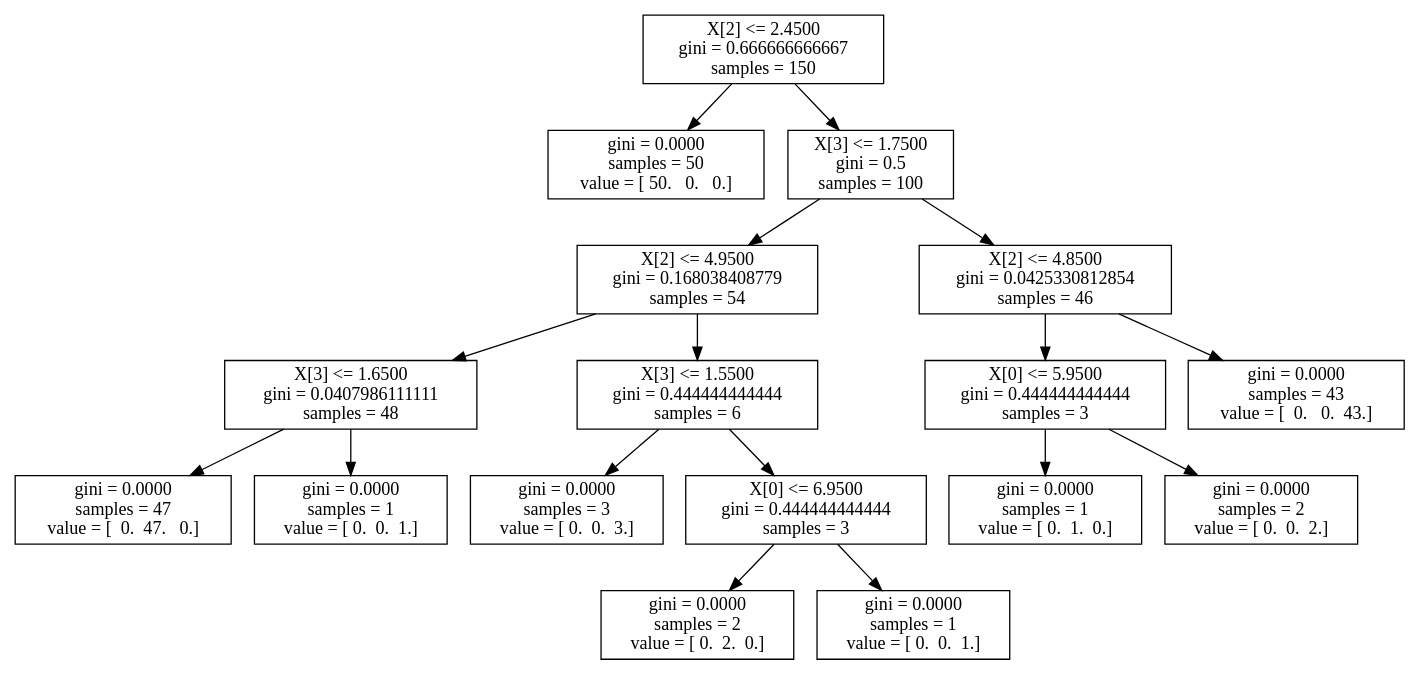
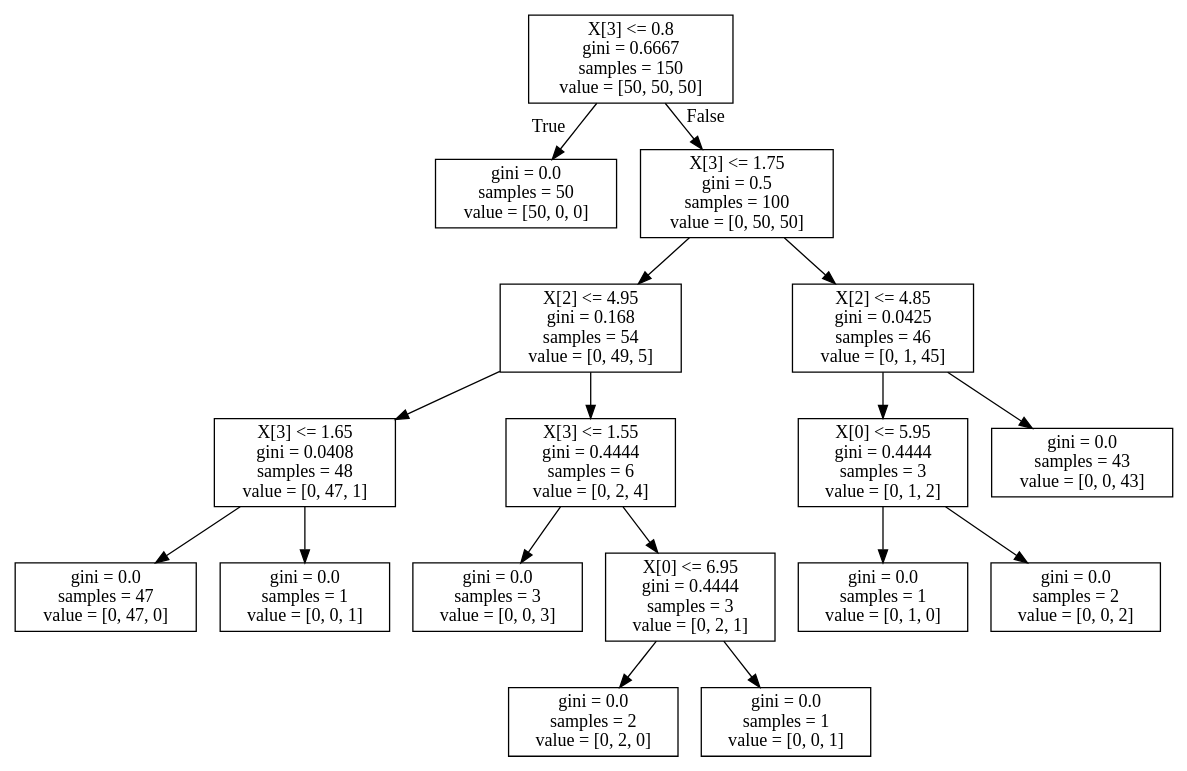
Before and after one commit to phesami/phesami: the diagram in DSE200/day_3_models_and_learning/tree.dot, drawn with Graphviz. The commit also changed 12 other files, not shown here.

```diff
--- a/DSE200/day_3_models_and_learning/tree.dot
+++ b/DSE200/day_3_models_and_learning/tree.dot
@@ -1,35 +1,36 @@
 digraph Tree {
-0 [label="X[2] <= 2.4500\ngini = 0.666666666667\nsamples = 150", shape="box"] ;
-1 [label="gini = 0.0000\nsamples = 50\nvalue = [ 50.   0.   0.]", shape="box"] ;
-0 -> 1 ;
-2 [label="X[3] <= 1.7500\ngini = 0.5\nsamples = 100", shape="box"] ;
-0 -> 2 ;
-3 [label="X[2] <= 4.9500\ngini = 0.168038408779\nsamples = 54", shape="box"] ;
+node [shape=box] ;
+0 [label="X[3] <= 0.8\ngini = 0.6667\nsamples = 150\nvalue = [50, 50, 50]"] ;
+1 [label="gini = 0.0\nsamples = 50\nvalue = [50, 0, 0]"] ;
+0 -> 1 [labeldistance=2.5, labelangle=45, headlabel="True"] ;
+2 [label="X[3] <= 1.75\ngini = 0.5\nsamples = 100\nvalue = [0, 50, 50]"] ;
+0 -> 2 [labeldistance=2.5, labelangle=-45, headlabel="False"] ;
+3 [label="X[2] <= 4.95\ngini = 0.168\nsamples = 54\nvalue = [0, 49, 5]"] ;
 2 -> 3 ;
-4 [label="X[3] <= 1.6500\ngini = 0.0407986111111\nsamples = 48", shape="box"] ;
+4 [label="X[3] <= 1.65\ngini = 0.0408\nsamples = 48\nvalue = [0, 47, 1]"] ;
 3 -> 4 ;
-5 [label="gini = 0.0000\nsamples = 47\nvalue = [  0.  47.   0.]", shape="box"] ;
+5 [label="gini = 0.0\nsamples = 47\nvalue = [0, 47, 0]"] ;
 4 -> 5 ;
-6 [label="gini = 0.0000\nsamples = 1\nvalue = [ 0.  0.  1.]", shape="box"] ;
+6 [label="gini = 0.0\nsamples = 1\nvalue = [0, 0, 1]"] ;
 4 -> 6 ;
-7 [label="X[3] <= 1.5500\ngini = 0.444444444444\nsamples = 6", shape="box"] ;
+7 [label="X[3] <= 1.55\ngini = 0.4444\nsamples = 6\nvalue = [0, 2, 4]"] ;
 3 -> 7 ;
-8 [label="gini = 0.0000\nsamples = 3\nvalue = [ 0.  0.  3.]", shape="box"] ;
+8 [label="gini = 0.0\nsamples = 3\nvalue = [0, 0, 3]"] ;
 7 -> 8 ;
-9 [label="X[0] <= 6.9500\ngini = 0.444444444444\nsamples = 3", shape="box"] ;
+9 [label="X[0] <= 6.95\ngini = 0.4444\nsamples = 3\nvalue = [0, 2, 1]"] ;
 7 -> 9 ;
-10 [label="gini = 0.0000\nsamples = 2\nvalue = [ 0.  2.  0.]", shape="box"] ;
+10 [label="gini = 0.0\nsamples = 2\nvalue = [0, 2, 0]"] ;
 9 -> 10 ;
-11 [label="gini = 0.0000\nsamples = 1\nvalue = [ 0.  0.  1.]", shape="box"] ;
+11 [label="gini = 0.0\nsamples = 1\nvalue = [0, 0, 1]"] ;
 9 -> 11 ;
-12 [label="X[2] <= 4.8500\ngini = 0.0425330812854\nsamples = 46", shape="box"] ;
+12 [label="X[2] <= 4.85\ngini = 0.0425\nsamples = 46\nvalue = [0, 1, 45]"] ;
 2 -> 12 ;
-13 [label="X[0] <= 5.9500\ngini = 0.444444444444\nsamples = 3", shape="box"] ;
+13 [label="X[0] <= 5.95\ngini = 0.4444\nsamples = 3\nvalue = [0, 1, 2]"] ;
 12 -> 13 ;
-14 [label="gini = 0.0000\nsamples = 1\nvalue = [ 0.  1.  0.]", shape="box"] ;
+14 [label="gini = 0.0\nsamples = 1\nvalue = [0, 1, 0]"] ;
 13 -> 14 ;
-15 [label="gini = 0.0000\nsamples = 2\nvalue = [ 0.  0.  2.]", shape="box"] ;
+15 [label="gini = 0.0\nsamples = 2\nvalue = [0, 0, 2]"] ;
 13 -> 15 ;
-16 [label="gini = 0.0000\nsamples = 43\nvalue = [  0.   0.  43.]", shape="box"] ;
+16 [label="gini = 0.0\nsamples = 43\nvalue = [0, 0, 43]"] ;
 12 -> 16 ;
 }
```
